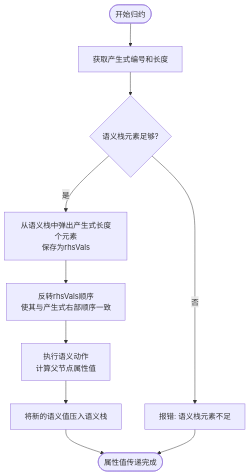
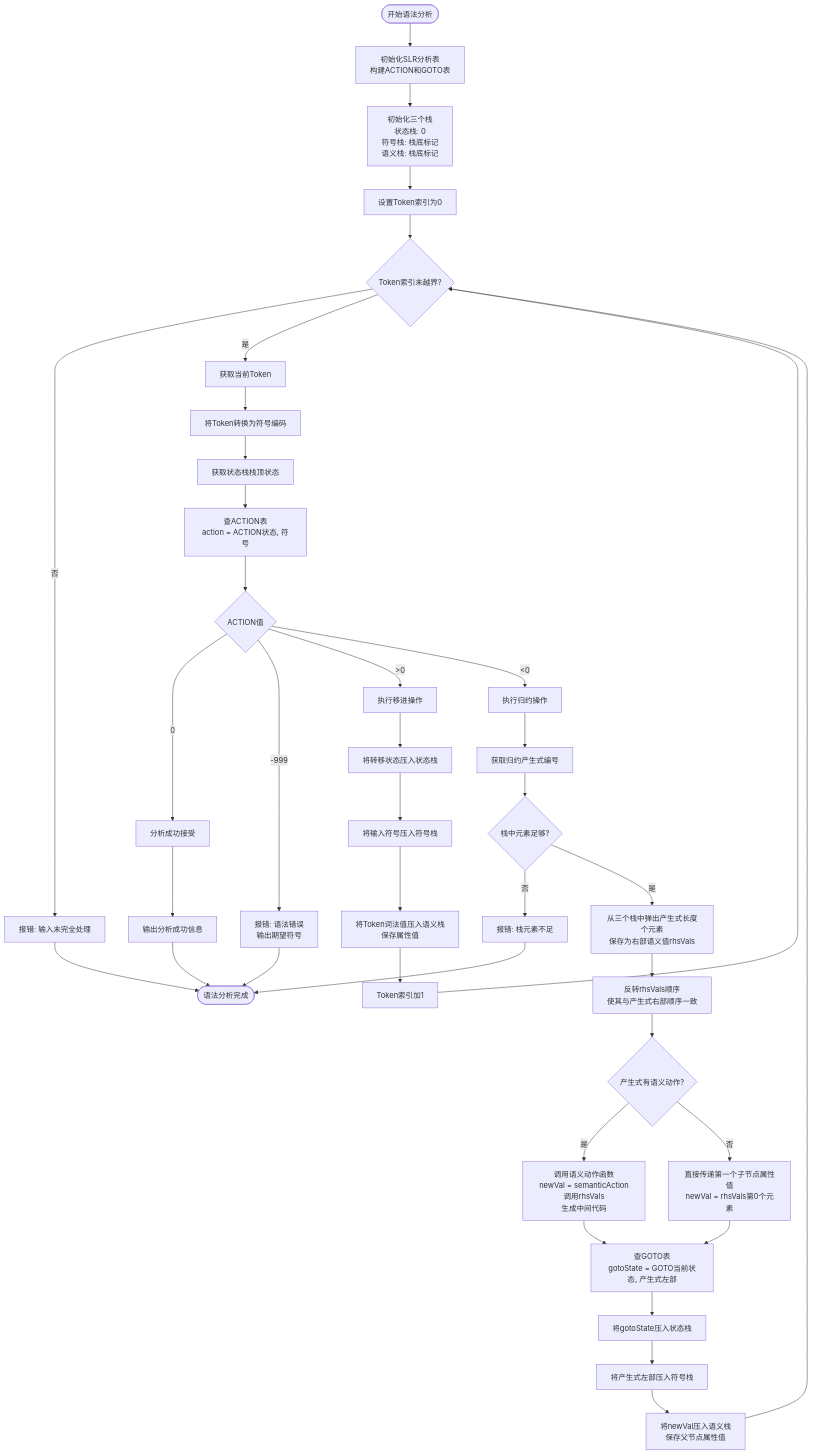
The second of 3 diagrams in README.md (zhengky-paper-account/-CF-OF-), drawn with Mermaid before and after one commit. The commit also changed other lines of this file, not shown here.

````diff
--- a/README.md
+++ b/README.md
@@ -37,12 +43,41 @@
 ```mermaid
 flowchart TD
-    开始([开始归约]) --> 获取产生式[获取产生式编号和长度]
-    获取产生式 --> 检查栈元素{语义栈元素足够?}
-    检查栈元素 -->|否| 报错栈不足[报错: 语义栈元素不足]
-    检查栈元素 -->|是| 弹出元素[从语义栈中弹出产生式长度个元素<br/>保存为rhsVals]
-    弹出元素 --> 反转顺序[反转rhsVals顺序<br/>使其与产生式右部顺序一致]
-    反转顺序 --> 执行语义动作[执行语义动作<br/>计算父节点属性值]
-    执行语义动作 --> 压入新值[将新的语义值压入语义栈]
-    压入新值 --> 结束([属性值传递完成])
+    开始([开始语法分析]) --> 初始化分析表[初始化SLR分析表<br/>构建ACTION和GOTO表]
+    初始化分析表 --> 初始化三栈[初始化三个栈<br/>状态栈: 0<br/>符号栈: 栈底标记<br/>语义栈: 栈底标记]
+    初始化三栈 --> 设置Token索引[设置Token索引为0]
+    设置Token索引 --> 循环判断{Token索引未越界?}
+    循环判断 -->|否| 报错未处理[报错: 输入未完全处理]
+    循环判断 -->|是| 获取Token[获取当前Token]
+    获取Token --> 转换为符号[将Token转换为符号编码]
+    转换为符号 --> 获取状态[获取状态栈栈顶状态]
+    获取状态 --> 查ACTION表[查ACTION表<br/>action = ACTION状态, 符号]
+    查ACTION表 --> 判断动作{ACTION值}
+    判断动作 -->|0| 接受[分析成功接受]
+    判断动作 -->|-999| 报错语法错误[报错: 语法错误<br/>输出期望符号]
+    判断动作 -->|>0| 移进操作[执行移进操作]
+    判断动作 -->|<0| 归约操作[执行归约操作]
+    移进操作 --> 压入状态栈[将转移状态压入状态栈]
+    压入状态栈 --> 压入符号栈[将输入符号压入符号栈]
+    压入符号栈 --> 压入语义栈[将Token词法值压入语义栈<br/>保存属性值]
+    压入语义栈 --> 移动Token索引[Token索引加1]
+    移动Token索引 --> 循环判断
+    归约操作 --> 获取产生式[获取归约产生式编号]
+    获取产生式 --> 检查栈元素{栈中元素足够?}
+    检查栈元素 -->|否| 报错栈不足[报错: 栈元素不足]
+    检查栈元素 -->|是| 弹出栈元素[从三个栈中弹出产生式长度个元素<br/>保存为右部语义值rhsVals]
+    弹出栈元素 --> 反转顺序[反转rhsVals顺序<br/>使其与产生式右部顺序一致]
+    反转顺序 --> 检查语义动作{产生式有语义动作?}
+    检查语义动作 -->|是| 执行语义动作[调用语义动作函数<br/>newVal = semanticAction调用rhsVals<br/>生成中间代码]
+    检查语义动作 -->|否| 直接传递[直接传递第一个子节点属性值<br/>newVal = rhsVals第0个元素]
+    执行语义动作 --> 查GOTO表[查GOTO表<br/>gotoState = GOTO当前状态, 产生式左部]
+    直接传递 --> 查GOTO表
+    查GOTO表 --> 压入新状态[将gotoState压入状态栈]
+    压入新状态 --> 压入非终结符[将产生式左部压入符号栈]
+    压入非终结符 --> 压入新属性值[将newVal压入语义栈<br/>保存父节点属性值]
+    压入新属性值 --> 循环判断
+    接受 --> 输出成功[输出分析成功信息]
+    输出成功 --> 结束([语法分析完成])
+    报错语法错误 --> 结束
     报错栈不足 --> 结束
+    报错未处理 --> 结束
 ```
````
